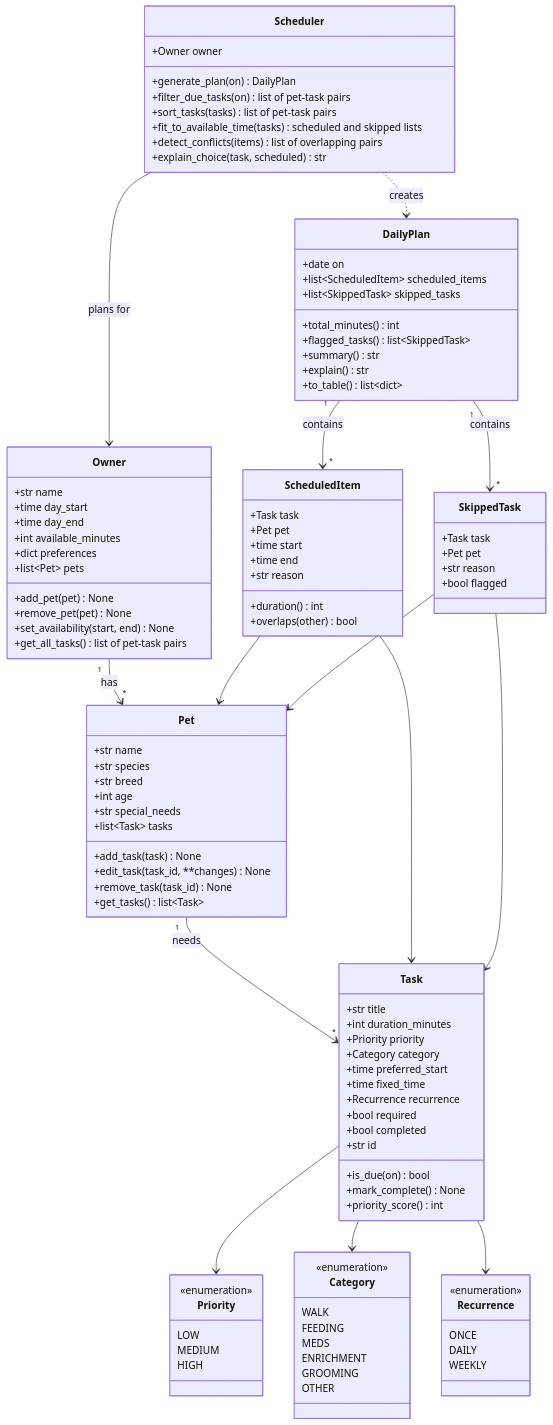
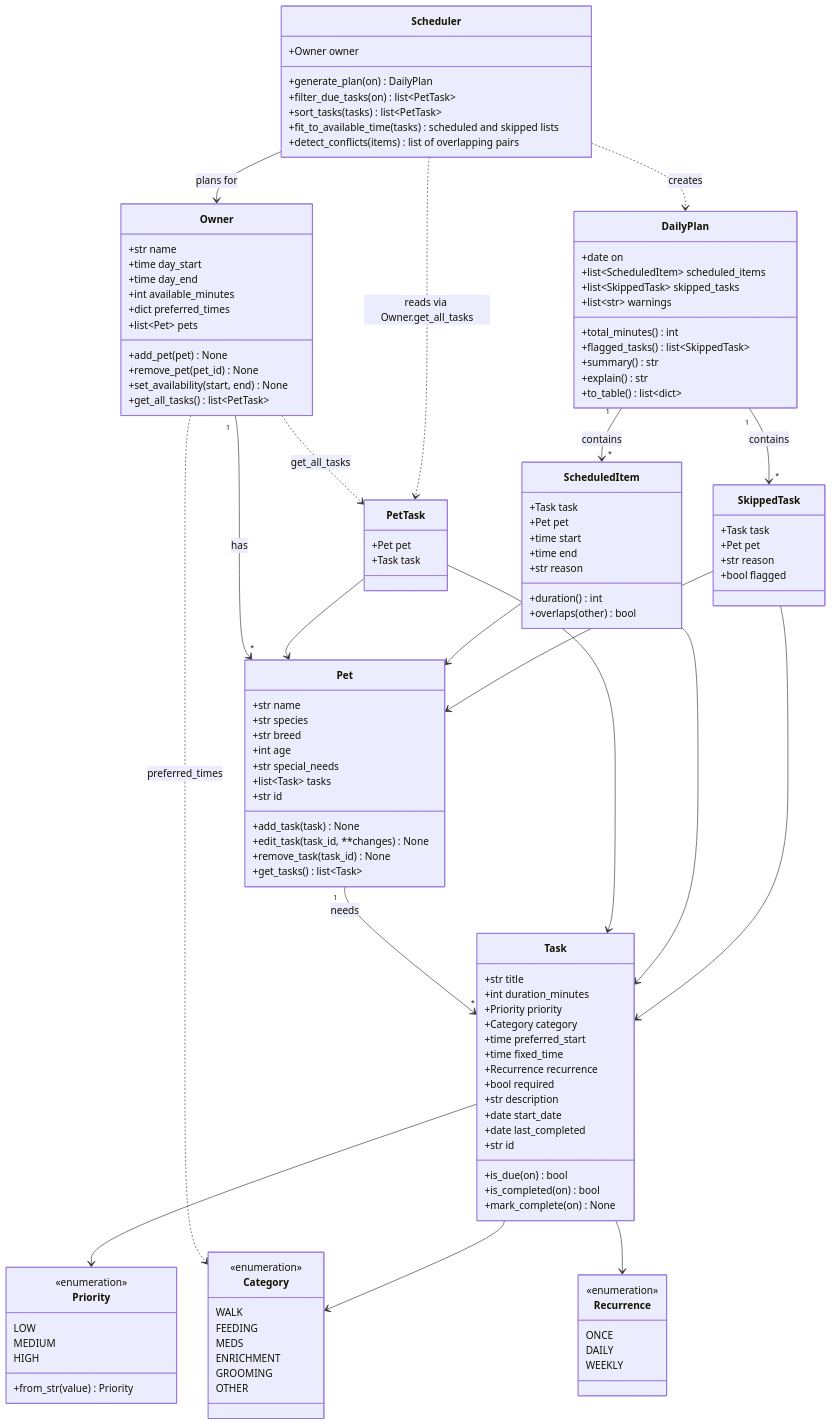
One commit to LittleNew008/ai110-module2show-pawpal-starter changed the diagram in diagrams/uml.mmd. Above: the diagram before and after it, drawn with Mermaid. The commit also changed 7 other files, not shown here.

```diff
--- a/diagrams/uml.mmd
+++ b/diagrams/uml.mmd
@@ -1,120 +1,136 @@
 classDiagram
     class Priority {
         <<enumeration>>
         LOW
         MEDIUM
         HIGH
+        +from_str(value) Priority
     }
 
     class Category {
         <<enumeration>>
         WALK
         FEEDING
         MEDS
         ENRICHMENT
         GROOMING
         OTHER
     }
 
     class Recurrence {
         <<enumeration>>
         ONCE
         DAILY
         WEEKLY
     }
 
     %% Owner availability: the day_start-day_end window is the source of truth;
     %% available_minutes is an optional extra cap (scheduler uses the tighter limit).
     class Owner {
         +str name
         +time day_start
         +time day_end
         +int available_minutes
-        +dict preferences
+        +dict preferred_times
         +list~Pet~ pets
         +add_pet(pet) None
-        +remove_pet(pet) None
+        +remove_pet(pet_id) None
         +set_availability(start, end) None
-        +get_all_tasks() list of pet-task pairs
+        +get_all_tasks() list~PetTask~
     }
 
     class Pet {
         +str name
         +str species
         +str breed
         +int age
         +str special_needs
         +list~Task~ tasks
+        +str id
         +add_task(task) None
         +edit_task(task_id, **changes) None
         +remove_task(task_id) None
         +get_tasks() list~Task~
     }
 
+    %% last_completed + start_date replace a single completed flag, which cannot work for recurring tasks.
     class Task {
         +str title
         +int duration_minutes
         +Priority priority
         +Category category
         +time preferred_start
         +time fixed_time
         +Recurrence recurrence
         +bool required
-        +bool completed
+        +str description
+        +date start_date
+        +date last_completed
         +str id
         +is_due(on) bool
-        +mark_complete() None
-        +priority_score() int
+        +is_completed(on) bool
+        +mark_complete(on) None
+    }
+
+    %% A task does not point back to its pet; PetTask carries the pair.
+    class PetTask {
+        +Pet pet
+        +Task task
     }
 
     class Scheduler {
         +Owner owner
         +generate_plan(on) DailyPlan
-        +filter_due_tasks(on) list of pet-task pairs
-        +sort_tasks(tasks) list of pet-task pairs
+        +filter_due_tasks(on) list~PetTask~
+        +sort_tasks(tasks) list~PetTask~
         +fit_to_available_time(tasks) scheduled and skipped lists
         +detect_conflicts(items) list of overlapping pairs
-        +explain_choice(task, scheduled) str
     }
 
     class DailyPlan {
         +date on
         +list~ScheduledItem~ scheduled_items
         +list~SkippedTask~ skipped_tasks
+        +list~str~ warnings
         +total_minutes() int
         +flagged_tasks() list~SkippedTask~
         +summary() str
         +explain() str
         +to_table() list~dict~
     }
 
     class ScheduledItem {
         +Task task
         +Pet pet
         +time start
         +time end
         +str reason
         +duration() int
         +overlaps(other) bool
     }
 
     class SkippedTask {
         +Task task
         +Pet pet
         +str reason
         +bool flagged
     }
 
     Owner "1" --> "*" Pet : has
+    Owner ..> Category : preferred_times
+    Owner ..> PetTask : get_all_tasks
     Pet "1" --> "*" Task : needs
     Task --> Priority
     Task --> Category
     Task --> Recurrence
+    PetTask --> Pet
+    PetTask --> Task
     Scheduler --> Owner : plans for
+    Scheduler ..> PetTask : reads via Owner.get_all_tasks
     Scheduler ..> DailyPlan : creates
     DailyPlan "1" --> "*" ScheduledItem : contains
     DailyPlan "1" --> "*" SkippedTask : contains
     ScheduledItem --> Task
     ScheduledItem --> Pet
     SkippedTask --> Task
     SkippedTask --> Pet
```
